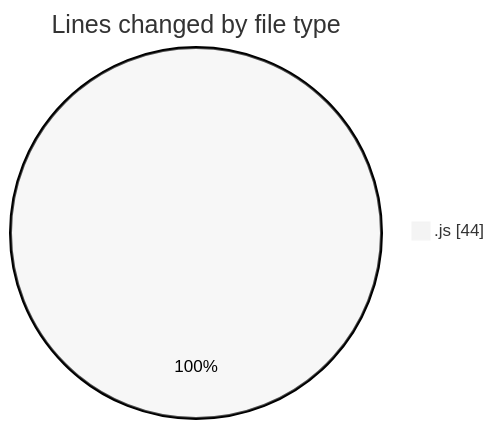
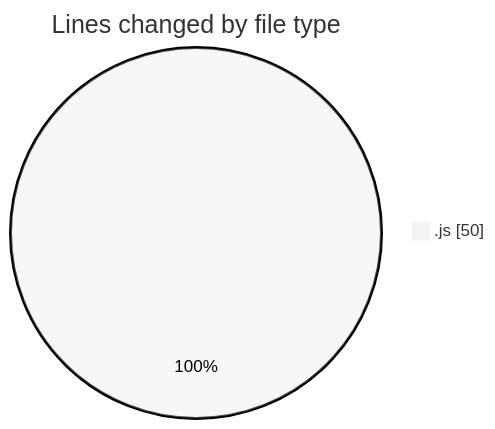
The first of 2 diagrams in 2026-05-20/cda/README.md (momahboobian/code-tracking), drawn with Mermaid (neutral theme) before and after one commit. The commit also changed other lines of this file and 1 other file, not shown here.

````diff
--- a/2026-05-20/cda/README.md
+++ b/2026-05-20/cda/README.md
@@ -21,5 +21,5 @@
 ```mermaid
 pie showData
 title Lines changed by file type
-".js" : 44
+".js" : 50
 ```
````
